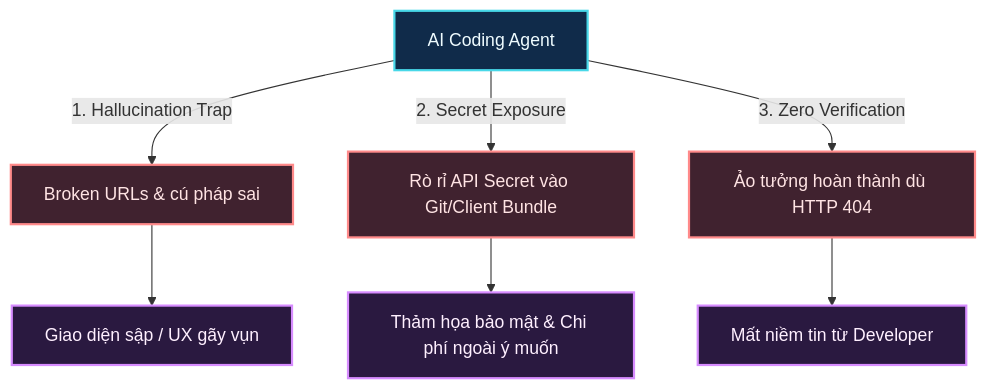
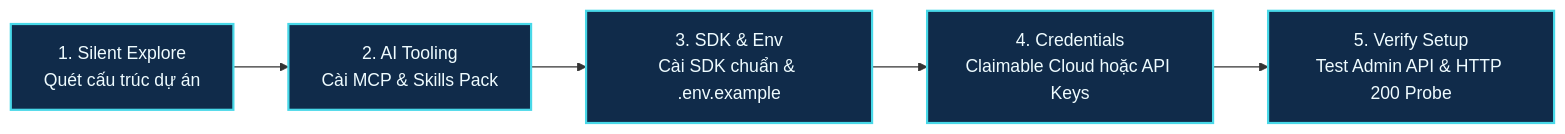
Before and after one commit to vietdoo/vietdoo.github.io: the diagram in src/data/blog/agentic-media-pipeline-cloudinary-vi.md, drawn with Mermaid. The commit also changed other lines of this file and 2 other files, not shown here.

````diff
--- a/src/data/blog/agentic-media-pipeline-cloudinary-vi.md
+++ b/src/data/blog/agentic-media-pipeline-cloudinary-vi.md
@@ -30,18 +31,10 @@
 ```mermaid
-flowchart TD
-    A[AI Coding Agent] -->|1. Hallucination Trap| B[Broken URLs & cú pháp sai]
-    A -->|2. Secret Exposure| C[Rò rỉ API Secret vào Git/Client Bundle]
-    A -->|3. Zero Verification| D[Ảo tưởng hoàn thành dù HTTP 404]
+flowchart LR
+    A["1. Silent Explore\nQuét cấu trúc dự án"] --> B["2. AI Tooling\nCài MCP & Skills Pack"]
+    B --> C["3. SDK & Env\nCài SDK chuẩn & .env.example"]
+    C --> D["4. Credentials\nClaimable Cloud hoặc API Keys"]
+    D --> E["5. Verify Setup\nTest Admin API & HTTP 200 Probe"]
 
-    B --> E[Giao diện sập / UX gãy vụn]
-    C --> F[Thảm họa bảo mật & Chi phí ngoài ý muốn]
-    D --> G[Mất niềm tin từ Developer]
-
-    classDef agent fill:#102b4a,stroke:#48d8e8,color:#effcff,stroke-width:2px;
-    classDef danger fill:#40222f,stroke:#ff8a8a,color:#ffe4e4,stroke-width:2px;
-    classDef impact fill:#2a1940,stroke:#d78cff,color:#fff0ff,stroke-width:2px;
-
-    class A agent;
-    class B,C,D danger;
-    class E,F,G impact;
+    classDef stage fill:#102b4a,stroke:#48d8e8,color:#effcff,stroke-width:2px;
+    class A,B,C,D,E stage;
 ```
````
